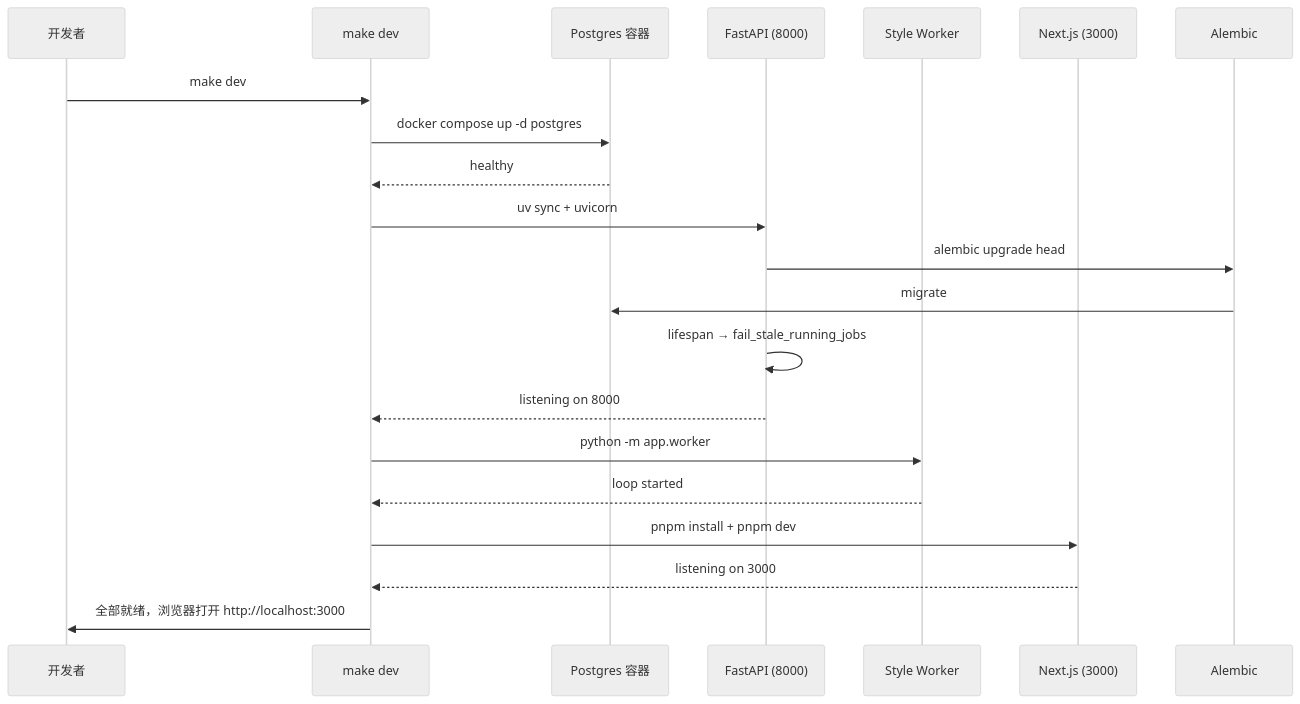
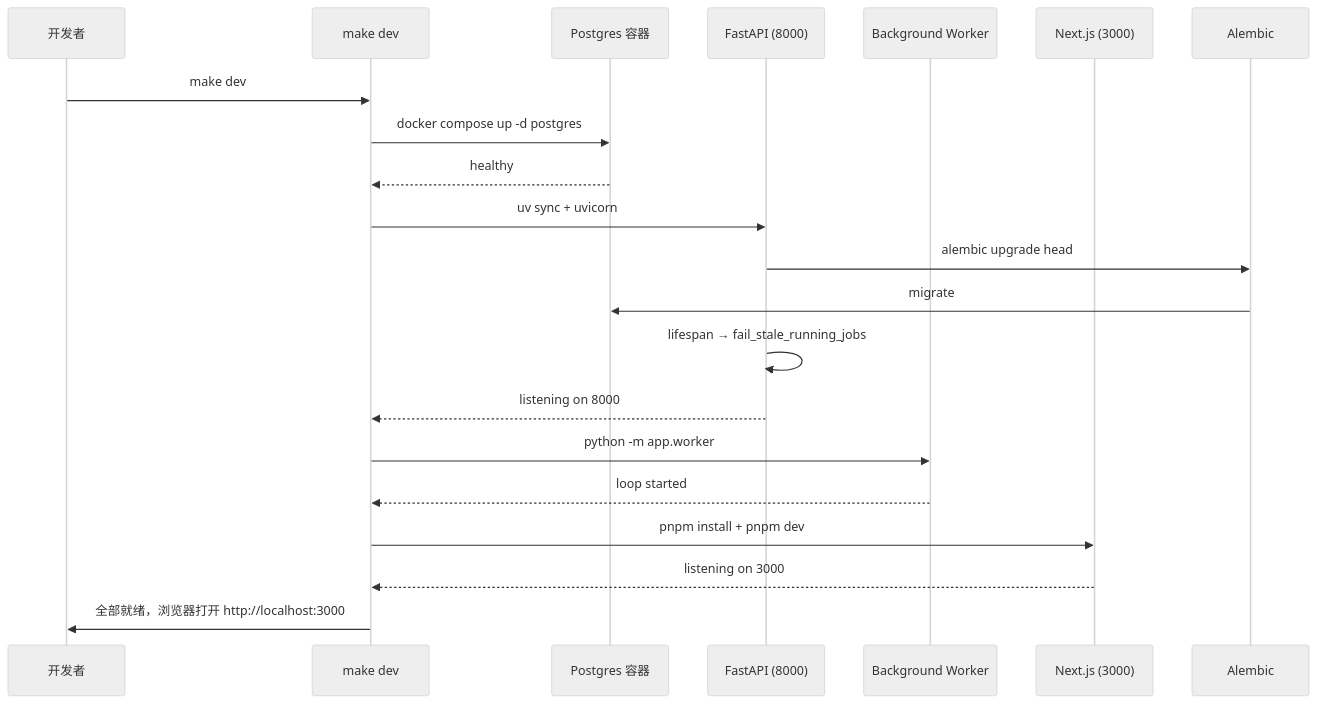
Before and after one commit to nsxzhou/Persona: the second of 2 diagrams in wiki/10-architecture/10-high-level-architecture.md, drawn with Mermaid (neutral theme). The commit also changed other lines of this file and 7 other files, not shown here.

First line of the commit message:
feat: Integrate Plot Analysis Worker into default background entrypoint

````diff
--- a/wiki/10-architecture/10-high-level-architecture.md
+++ b/wiki/10-architecture/10-high-level-architecture.md
@@ -96,24 +99,24 @@
 ```mermaid
 sequenceDiagram
     participant Dev as 开发者
     participant Make as make dev
     participant PG as Postgres 容器
     participant API as FastAPI (8000)
-    participant Worker as Style Worker
+    participant Worker as Background Worker
     participant Web as Next.js (3000)
     participant Alembic
 
     Dev->>Make: make dev
     Make->>PG: docker compose up -d postgres
     PG-->>Make: healthy
     Make->>API: uv sync + uvicorn
     API->>Alembic: alembic upgrade head
     Alembic->>PG: migrate
     API->>API: lifespan → fail_stale_running_jobs
     API-->>Make: listening on 8000
     Make->>Worker: python -m app.worker
     Worker-->>Make: loop started
     Make->>Web: pnpm install + pnpm dev
     Web-->>Make: listening on 3000
     Make->>Dev: 全部就绪，浏览器打开 http://localhost:3000
 ```
````
